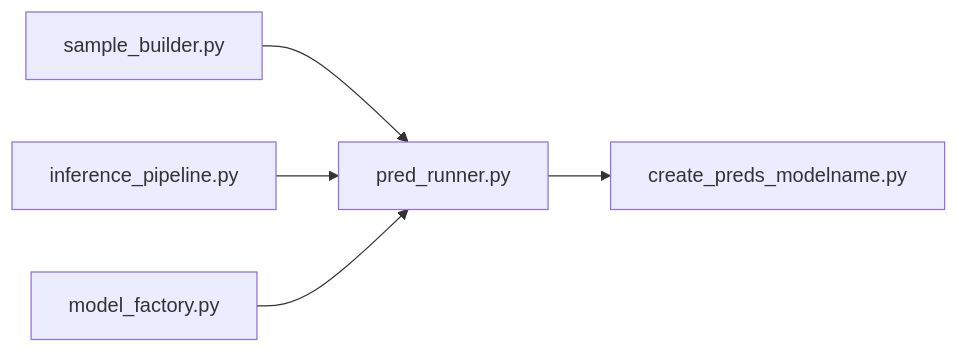
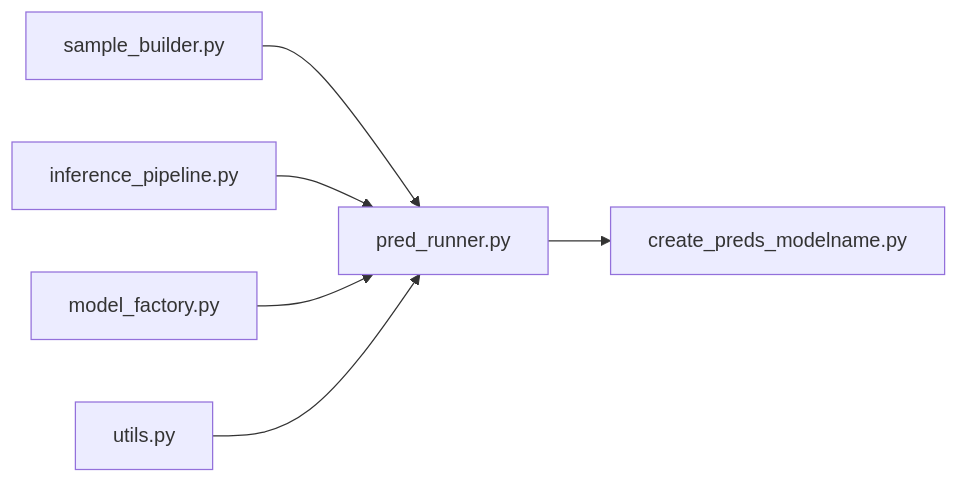
The first of 2 diagrams in IRP1/Code/ct3_fm/src/prediction/README.md (MSCA-DN-Digital-Finance/WP3_eXplainable_and_Fair_AI), drawn with Mermaid before and after one commit. The commit also changed other lines of this file and 6 other files, not shown here.

````diff
--- a/IRP1/Code/ct3_fm/src/prediction/README.md
+++ b/IRP1/Code/ct3_fm/src/prediction/README.md
@@ -9,7 +9,8 @@
 ```mermaid
 graph LR
     sample_builder[sample_builder.py] --> pred_runner[pred_runner.py]
     inference_pipeline[inference_pipeline.py] --> pred_runner
     model_factory[model_factory.py] -->  pred_runner
+    utils[utils.py] --> pred_runner
     pred_runner --> create_preds[create_preds_modelname.py]
 ```
````
